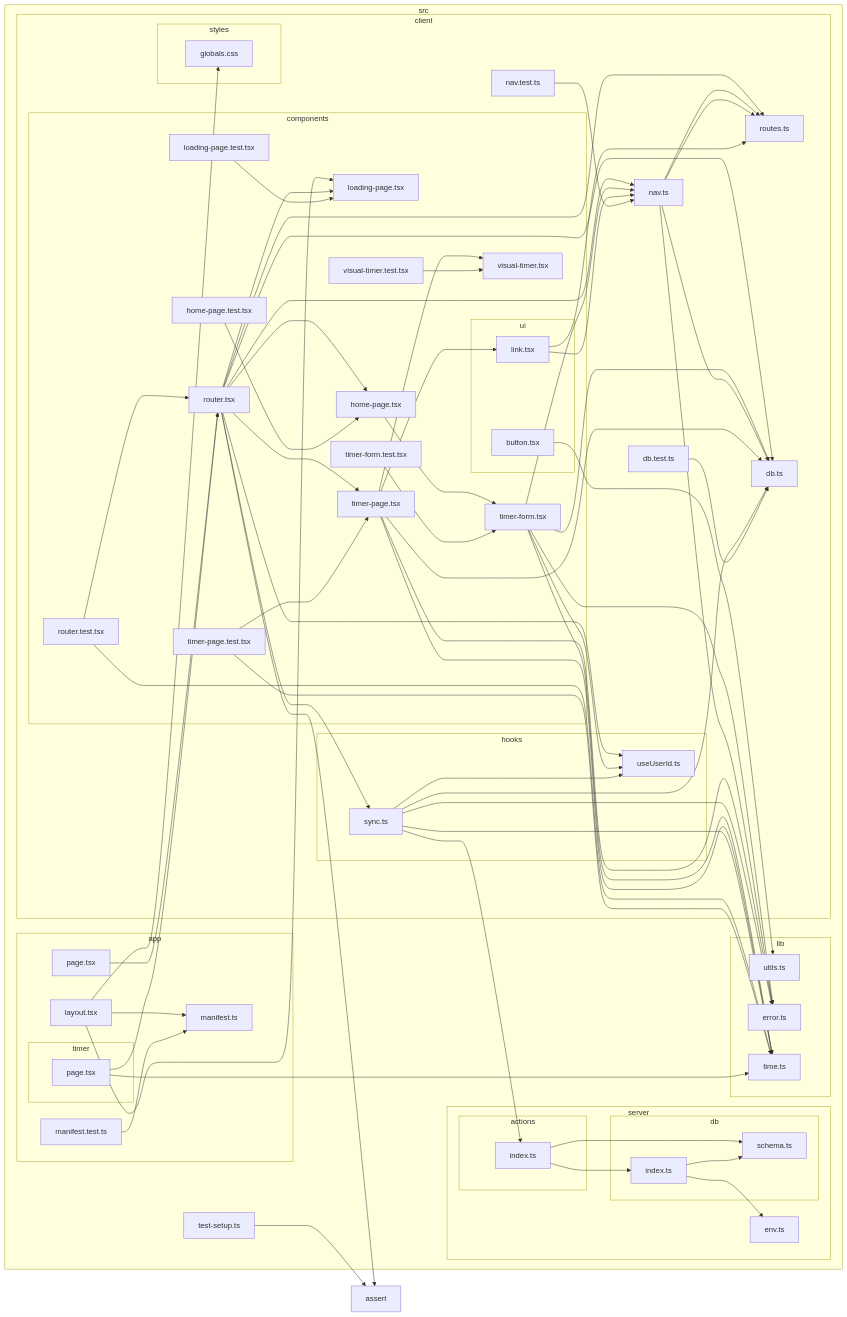
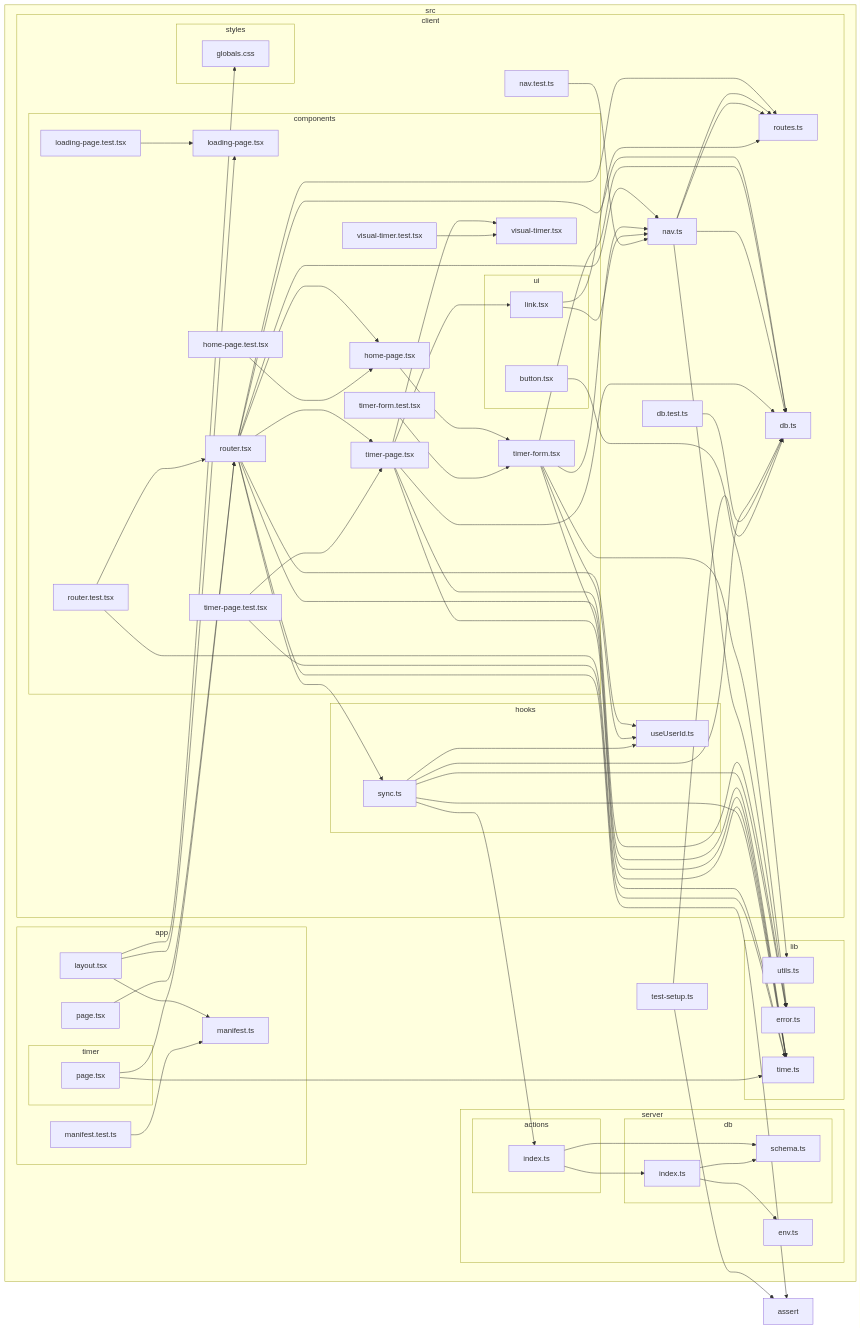
The diagram in reports/dependency-graph.mmd (axolotl-logic/work-time), drawn with Mermaid before and after one commit. The commit also changed 1 other file, not shown here.

```diff
--- a/reports/dependency-graph.mmd
+++ b/reports/dependency-graph.mmd
@@ -1,116 +1,117 @@
 flowchart LR
 
 subgraph 0["src"]
 subgraph 1["app"]
 2["layout.tsx"]
 6["manifest.ts"]
 9["manifest.test.ts"]
 A["page.tsx"]
 subgraph Z["timer"]
 10["page.tsx"]
 end
 end
 subgraph 3["client"]
 subgraph 4["styles"]
 5["globals.css"]
 end
 subgraph 7["components"]
 8["loading-page.tsx"]
 B["router.tsx"]
 D["home-page.tsx"]
 E["timer-form.tsx"]
 N["timer-page.tsx"]
 subgraph O["ui"]
 P["link.tsx"]
 16["button.tsx"]
 end
 Q["visual-timer.tsx"]
 11["home-page.test.tsx"]
 12["loading-page.test.tsx"]
 13["router.test.tsx"]
 14["timer-form.test.tsx"]
 15["timer-page.test.tsx"]
 18["visual-timer.test.tsx"]
 end
 F["nav.ts"]
 G["routes.ts"]
 H["db.ts"]
 subgraph K["hooks"]
 L["useUserId.ts"]
 R["sync.ts"]
 end
 19["db.test.ts"]
 1A["nav.test.ts"]
 end
 subgraph I["lib"]
 J["error.ts"]
 M["time.ts"]
 17["utils.ts"]
 end
 subgraph S["server"]
 subgraph T["actions"]
 U["index.ts"]
 end
 subgraph V["db"]
 W["schema.ts"]
 X["index.ts"]
 end
 Y["env.ts"]
 end
 1B["test-setup.ts"]
 end
 C["assert"]
 2-->6
 2-->8
 2-->5
 9-->6
 A-->B
 B-->D
-B-->8
 B-->N
 B-->H
 B-->R
 B-->L
 B-->F
 B-->G
+B-->M
 B-->C
 D-->E
 E-->F
 E-->H
 E-->L
 E-->J
 E-->M
 F-->G
 F-->H
 F-->G
 F-->J
 N-->H
 N-->P
 N-->Q
 N-->J
 N-->M
 P-->F
 P-->G
 R-->L
 R-->H
 R-->J
 R-->M
 R-->U
 U-->W
 U-->X
 X-->W
 X-->Y
 10-->B
 10-->M
 11-->D
 12-->8
 13-->B
 13-->M
 14-->E
 15-->N
 15-->M
 16-->17
 18-->Q
 19-->H
 1A-->F
+1B-->H
 1B-->C
```
